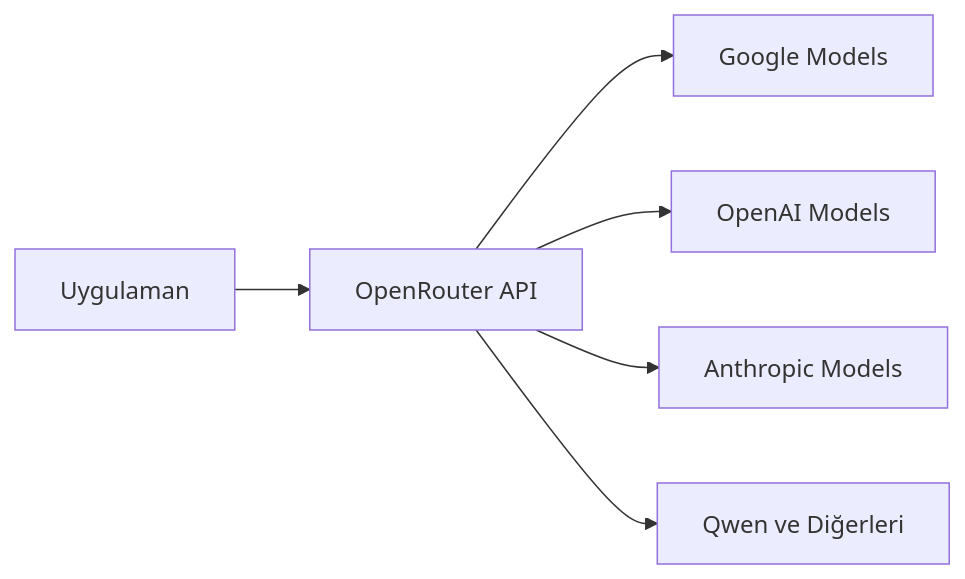
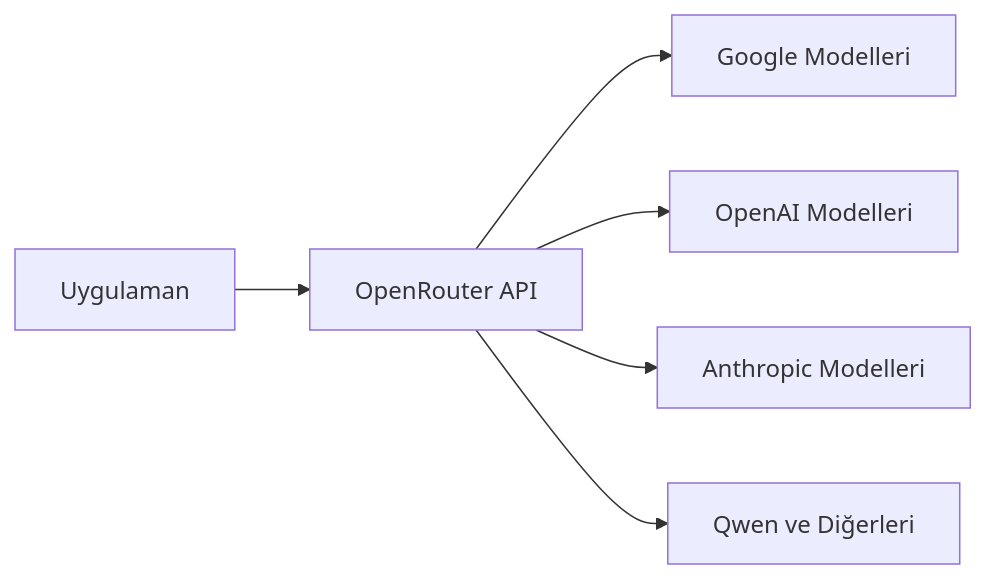
One commit to lokumai/ai-engineering-bazaar changed the second of 3 diagrams in mini-courses/1_fundamentals/llms_tr.md. Above: the diagram before and after it, drawn with Mermaid. The commit also changed other lines of this file and 63 other files, not shown here.

````diff
--- a/mini-courses/1_fundamentals/llms_tr.md
+++ b/mini-courses/1_fundamentals/llms_tr.md
@@ -245,8 +172,8 @@
 ```mermaid
 graph LR
     A[Uygulaman] --> B[OpenRouter API]
-    B --> C[Google Models]
-    B --> D[OpenAI Models]
-    B --> E[Anthropic Models]
-    B --> F["Qwen ve Diğerleri"]
+    B --> C[Google Modelleri]
+    B --> D[OpenAI Modelleri]
+    B --> E[Anthropic Modelleri]
+    B --> F[Qwen ve Diğerleri]
 ```
````
